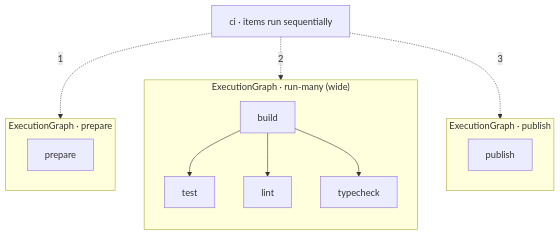
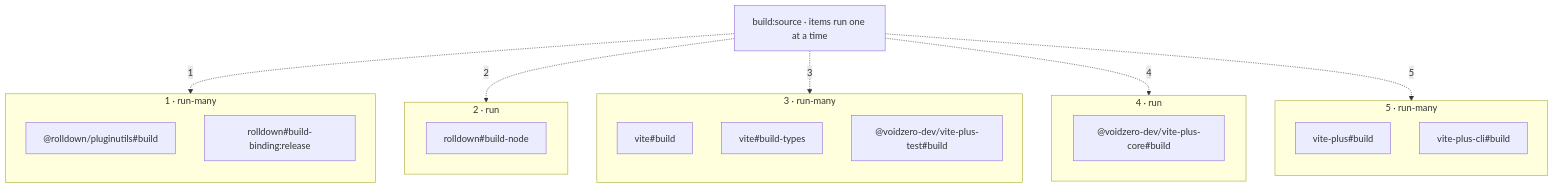
One commit to RSS1102/vite-task changed the fourth of 4 diagrams in docs/rfcs/run-many.md. Above: the diagram before and after it, drawn with Mermaid. The commit also changed other lines of this file, not shown here.

Commit message:
docs(rfc): rewrite run-many with vite-plus task names, clearer sequence/parallel callouts

````diff
--- a/docs/rfcs/run-many.md
+++ b/docs/rfcs/run-many.md
@@ -96,22 +116,36 @@
 ```mermaid
 flowchart TD
-  ci["ci · items run sequentially"]
-  ci -. 1 .-> P
-  ci -. 2 .-> M
-  ci -. 3 .-> Pub
+  bs["build:source · items run one at a time"]
+  bs -. 1 .-> S1
+  bs -. 2 .-> S2
+  bs -. 3 .-> S3
+  bs -. 4 .-> S4
+  bs -. 5 .-> S5
 
-  subgraph P["ExecutionGraph · prepare"]
-    p1[prepare]
+  subgraph S1["1 · run-many"]
+    direction TB
+    a1["@rolldown/pluginutils#build"]
+    a2["rolldown#build-binding:release"]
   end
 
-  subgraph M["ExecutionGraph · run-many (wide)"]
-    direction TB
-    b[build] --> t[test]
-    b --> l[lint]
-    b --> ty[typecheck]
+  subgraph S2["2 · run"]
+    b1[rolldown#build-node]
   end
 
-  subgraph Pub["ExecutionGraph · publish"]
-    pub[publish]
+  subgraph S3["3 · run-many"]
+    direction TB
+    c1[vite#build]
+    c2[vite#build-types]
+    c3["@voidzero-dev/vite-plus-test#build"]
+  end
+
+  subgraph S4["4 · run"]
+    d1["@voidzero-dev/vite-plus-core#build"]
+  end
+
+  subgraph S5["5 · run-many"]
+    direction TB
+    e1[vite-plus#build]
+    e2[vite-plus-cli#build]
   end
 ```
````
